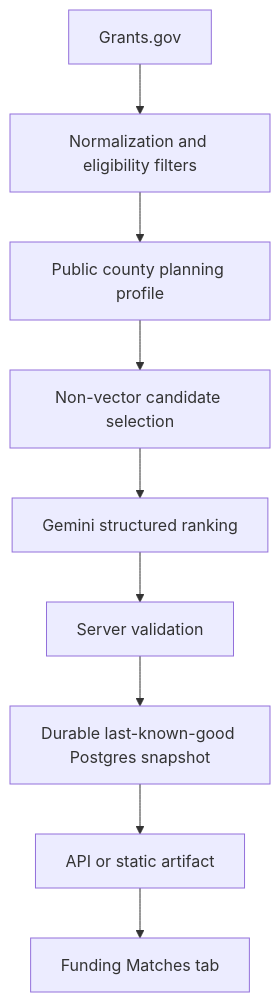
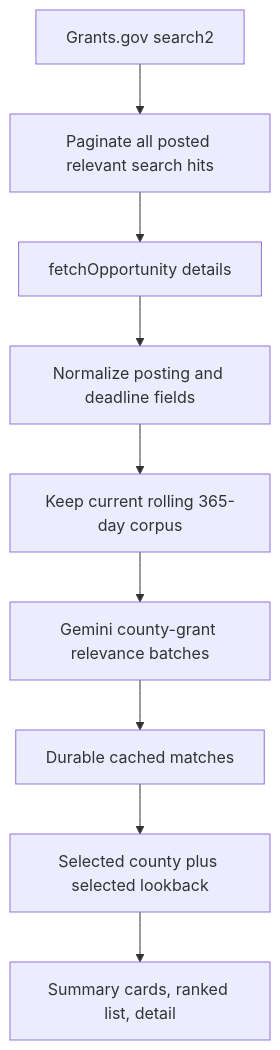
One commit to reaganwcisel123/CS5934 changed the diagram in documents/grant-funding-recommender-implementation.md. Above: the diagram before and after it, drawn with Mermaid. The commit also changed other lines of this file, not shown here.

First line of the commit message:
docs(grants): document rolling lookback workflow

````diff
--- a/documents/grant-funding-recommender-implementation.md
+++ b/documents/grant-funding-recommender-implementation.md
@@ -9,11 +28,11 @@
 ```mermaid
 flowchart TD
-  A[Grants.gov] --> B[Normalization and eligibility filters]
-  B --> C[Public county planning profile]
-  C --> D[Non-vector candidate selection]
-  D --> E[Gemini structured ranking]
-  E --> F[Server validation]
-  F --> G[Durable last-known-good Postgres snapshot]
-  G --> H[API or static artifact]
-  H --> I[Funding Matches tab]
+  A[Grants.gov search2] --> B[Paginate all posted relevant search hits]
+  B --> C[fetchOpportunity details]
+  C --> D[Normalize posting and deadline fields]
+  D --> E[Keep current rolling 365-day corpus]
+  E --> F[Gemini county-grant relevance batches]
+  F --> G[Durable cached matches]
+  G --> H[Selected county plus selected lookback]
+  H --> I[Summary cards, ranked list, detail]
 ```
````
